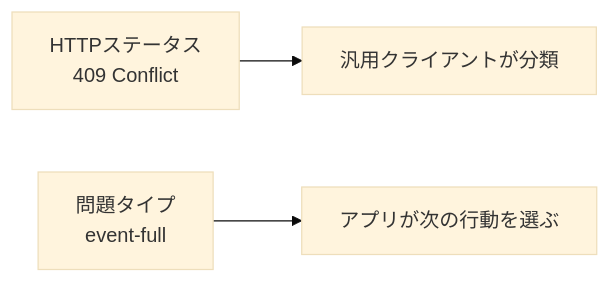
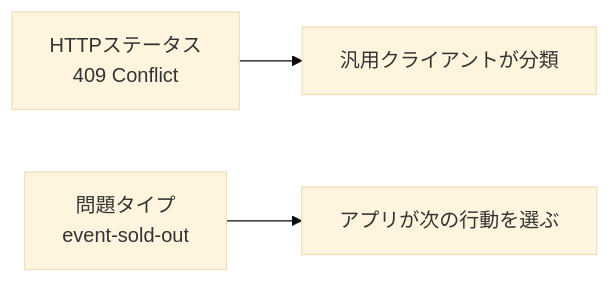
One commit to nagahara-naoki/zenn changed the diagram in books/api-design-textbook/07-status-codes.md. Above: the diagram before and after it, drawn with Mermaid (base theme). The commit also changed other lines of this file and 33 other files, not shown here.

````diff
--- a/books/api-design-textbook/07-status-codes.md
+++ b/books/api-design-textbook/07-status-codes.md
@@ -216,5 +216,5 @@
 ```mermaid
 flowchart LR
     S["HTTPステータス<br/>409 Conflict"] --> G["汎用クライアントが分類"]
-    P["問題タイプ<br/>event-full"] --> A["アプリが次の行動を選ぶ"]
+    P["問題タイプ<br/>event-sold-out"] --> A["アプリが次の行動を選ぶ"]
 ```
````
